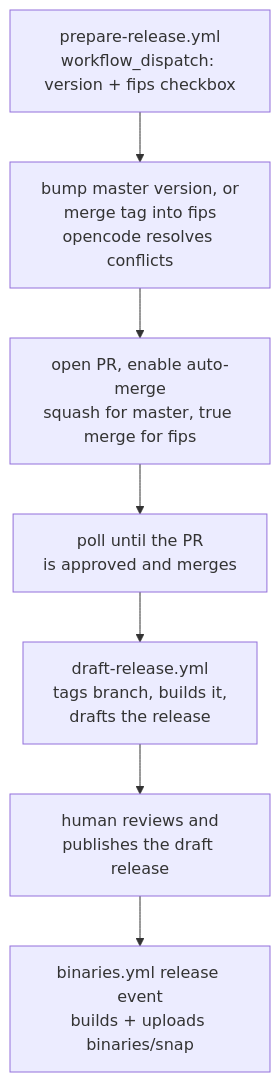
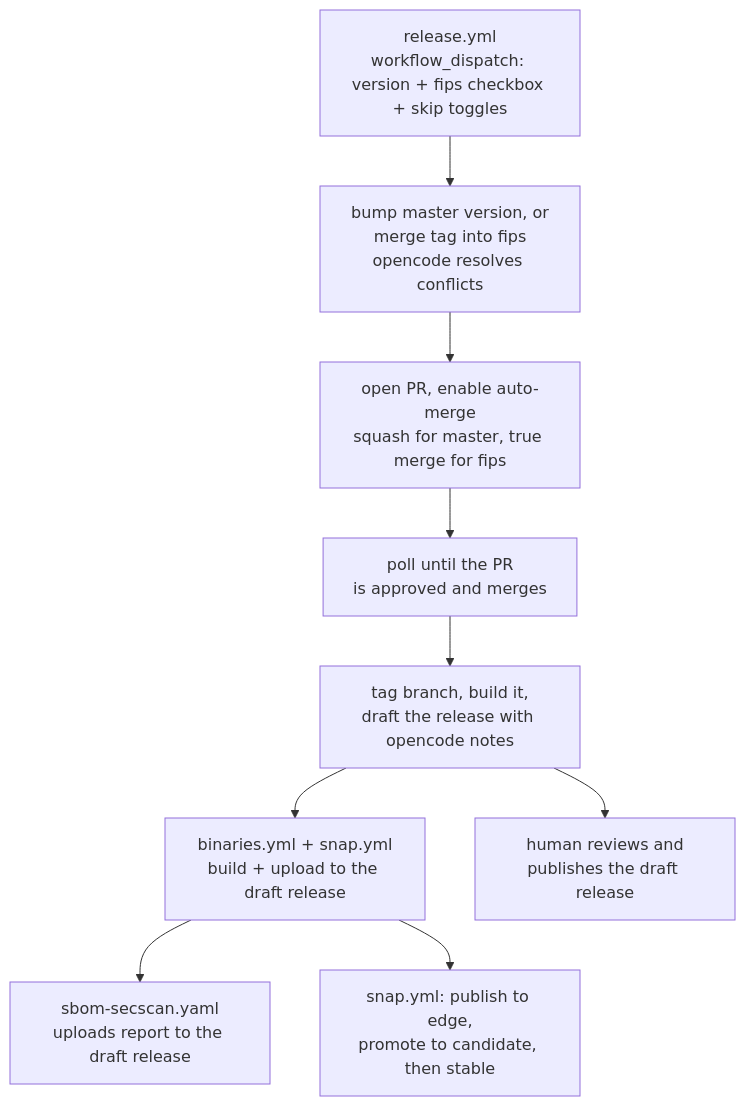
Before and after one commit to hpidcock/pebble: the diagram in HACKING.md, drawn with Mermaid. The commit also changed other lines of this file and 6 other files, not shown here.

````diff
--- a/HACKING.md
+++ b/HACKING.md
@@ -278,9 +276,11 @@
 ```mermaid
 flowchart TD
-    A[prepare-release.yml\nworkflow_dispatch: version + fips checkbox] --> B[bump master version, or\nmerge tag into fips\nopencode resolves conflicts]
+    A[release.yml\nworkflow_dispatch: version + fips checkbox + skip toggles] --> B[bump master version, or\nmerge tag into fips\nopencode resolves conflicts]
     B --> C[open PR, enable auto-merge\nsquash for master, true merge for fips]
     C --> D[poll until the PR\nis approved and merges]
-    D --> E[draft-release.yml\ntags branch, builds it,\ndrafts the release]
-    E --> F[human reviews and\npublishes the draft release]
-    F --> G[binaries.yml release event\nbuilds + uploads binaries/snap]
+    D --> E[tag branch, build it,\ndraft the release with opencode notes]
+    E --> F[binaries.yml + snap.yml\nbuild + upload to the draft release]
+    F --> G[sbom-secscan.yaml\nuploads report to the draft release]
+    F --> H[snap.yml: publish to edge,\npromote to candidate, then stable]
+    E --> I[human reviews and\npublishes the draft release]
 ```
````
